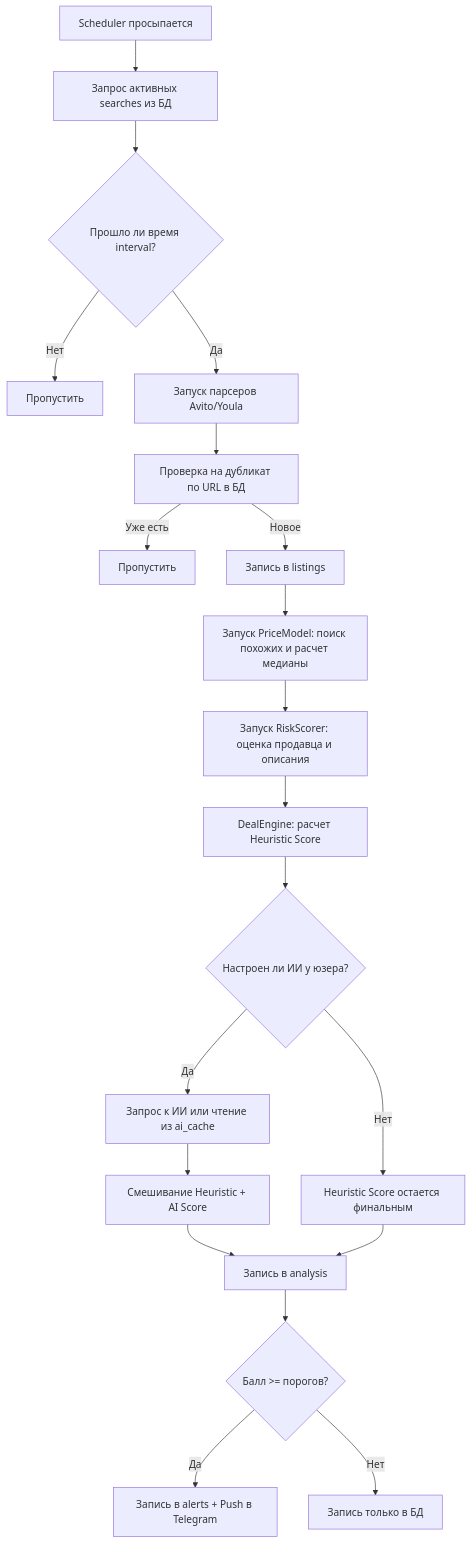
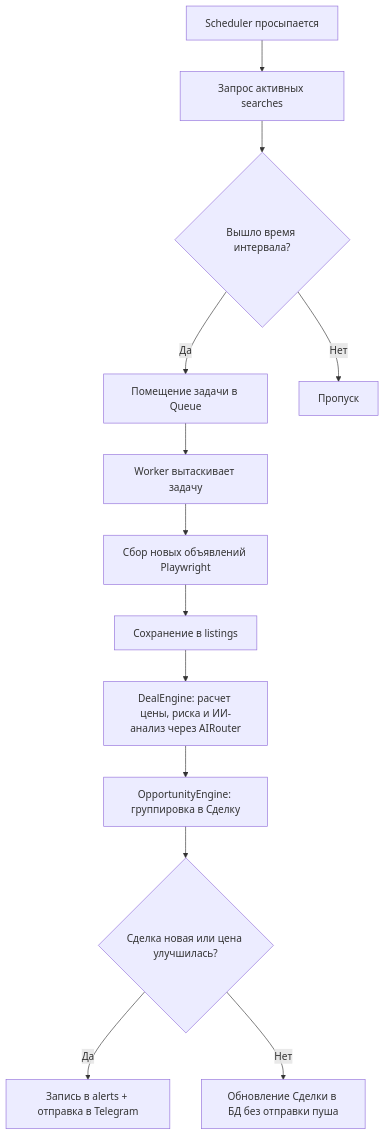
The diagram in PROJECT_DESCRIPTION.md (konkovev-cyber/avitoAi), drawn with Mermaid before and after one commit. The commit also changed other lines of this file, not shown here.

Commit message:
docs: update PROJECT_DESCRIPTION.md to reflect v4 SaaS Production-Ready architecture

````diff
--- a/PROJECT_DESCRIPTION.md
+++ b/PROJECT_DESCRIPTION.md
@@ -93,22 +86,15 @@
 ```mermaid
 graph TD
-    A[Scheduler просыпается] --> B[Запрос активных searches из БД]
-    B --> C{Прошло ли время interval?}
-    C -- Нет --> D[Пропустить]
-    C -- Да --> E[Запуск парсеров Avito/Youla]
-    E --> F[Проверка на дубликат по URL в БД]
-    F -- Уже есть --> G[Пропустить]
-    F -- Новое --> H[Запись в listings]
-    H --> I[Запуск PriceModel: поиск похожих и расчет медианы]
-    I --> J[Запуск RiskScorer: оценка продавца и описания]
-    J --> K[DealEngine: расчет Heuristic Score]
-    K --> L{Настроен ли ИИ у юзера?}
-    L -- Да --> M[Запрос к ИИ или чтение из ai_cache]
-    M --> N[Смешивание Heuristic + AI Score]
-    L -- Нет --> O[Heuristic Score остается финальным]
-    N --> P[Запись в analysis]
-    O --> P
-    P --> Q{Балл >= порогов?}
-    Q -- Да --> R[Запись в alerts + Push в Telegram]
-    Q -- Нет --> S[Запись только в БД]
+    A[Scheduler просыпается] --> B[Запрос активных searches]
+    B --> C{Вышло время интервала?}
+    C -- Да --> D[Помещение задачи в Queue]
+    C -- Нет --> E[Пропуск]
+    D --> F[Worker вытаскивает задачу]
+    F --> G[Сбор новых объявлений Playwright]
+    G --> H[Сохранение в listings]
+    H --> I[DealEngine: расчет цены, риска и ИИ-анализ через AIRouter]
+    I --> J[OpportunityEngine: группировка в Сделку]
+    J --> K{Сделка новая или цена улучшилась?}
+    K -- Да --> L[Запись в alerts + отправка в Telegram]
+    K -- Нет --> M[Обновление Сделки в БД без отправки пуша]
 ```
````
